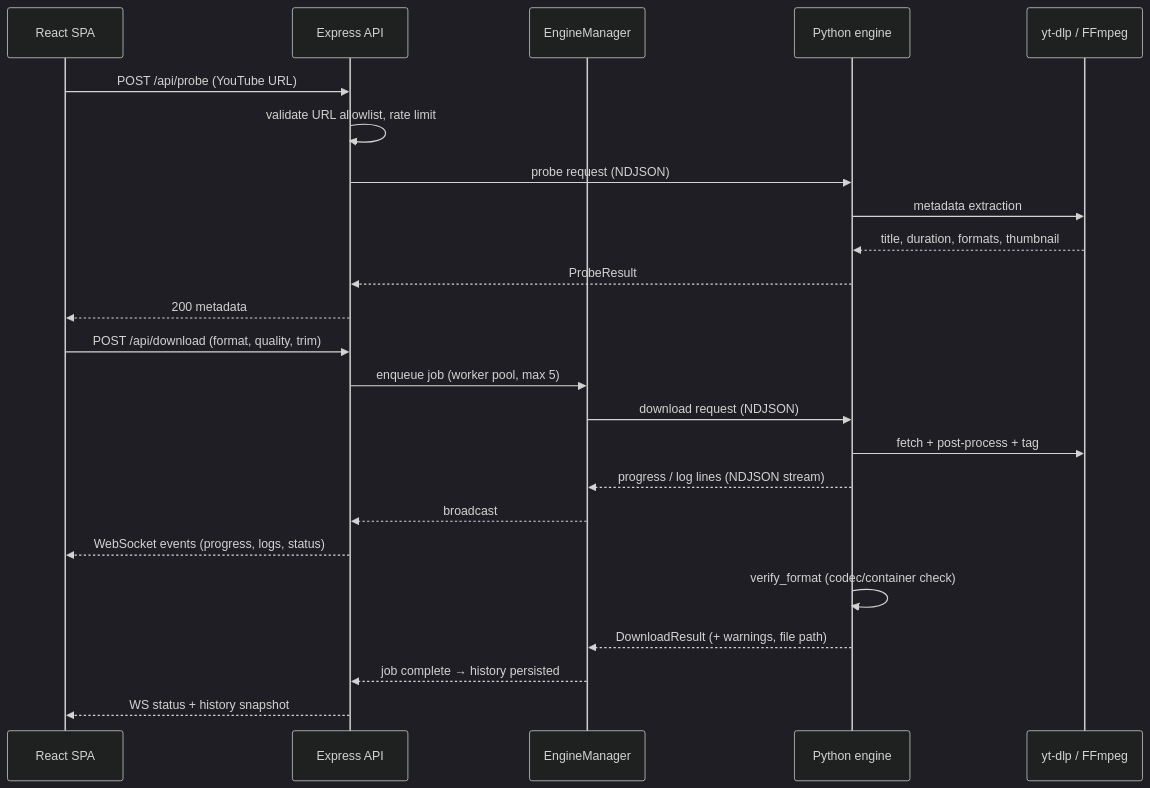
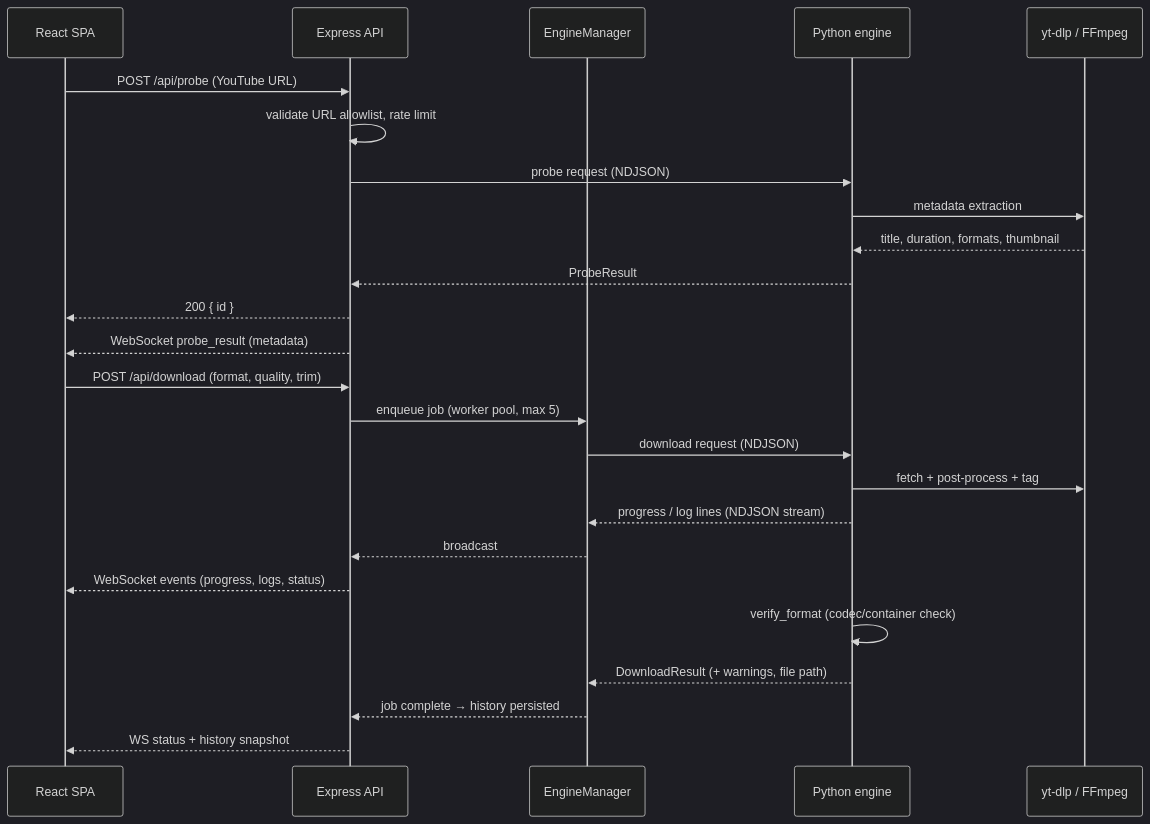
One commit to nishanth-kkj9/ytdl-flow changed the diagram in docs/architecture.md. Above: the diagram before and after it, drawn with Mermaid (dark theme). The commit also changed other lines of this file and 130 other files, not shown here.

````diff
--- a/docs/architecture.md
+++ b/docs/architecture.md
@@ -30,27 +28,28 @@
 ```mermaid
 sequenceDiagram
     participant UI as React SPA
     participant API as Express API
     participant Mgr as EngineManager
     participant Eng as Python engine
     participant YT as yt-dlp / FFmpeg
 
     UI->>API: POST /api/probe (YouTube URL)
     API->>API: validate URL allowlist, rate limit
     API->>Eng: probe request (NDJSON)
     Eng->>YT: metadata extraction
     YT-->>Eng: title, duration, formats, thumbnail
     Eng-->>API: ProbeResult
-    API-->>UI: 200 metadata
+    API-->>UI: 200 { id }
+    API-->>UI: WebSocket probe_result (metadata)
     UI->>API: POST /api/download (format, quality, trim)
     API->>Mgr: enqueue job (worker pool, max 5)
     Mgr->>Eng: download request (NDJSON)
     Eng->>YT: fetch + post-process + tag
     Eng-->>Mgr: progress / log lines (NDJSON stream)
     Mgr-->>API: broadcast
     API-->>UI: WebSocket events (progress, logs, status)
     Eng->>Eng: verify_format (codec/container check)
     Eng-->>Mgr: DownloadResult (+ warnings, file path)
     Mgr-->>API: job complete → history persisted
     API-->>UI: WS status + history snapshot
 ```
````
